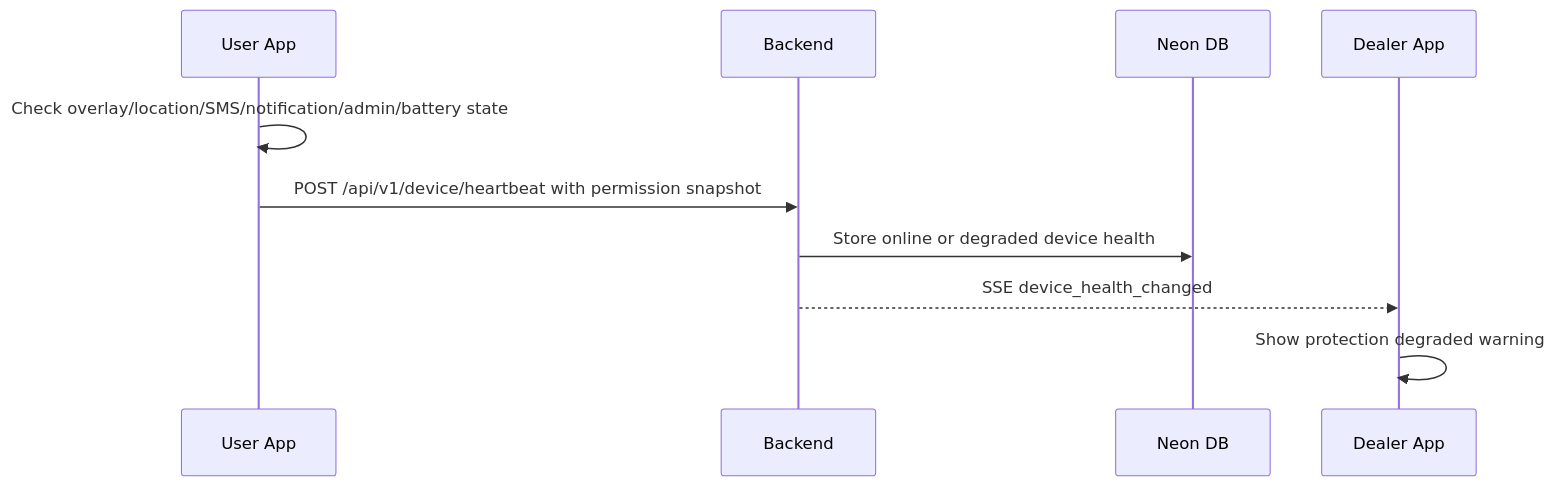
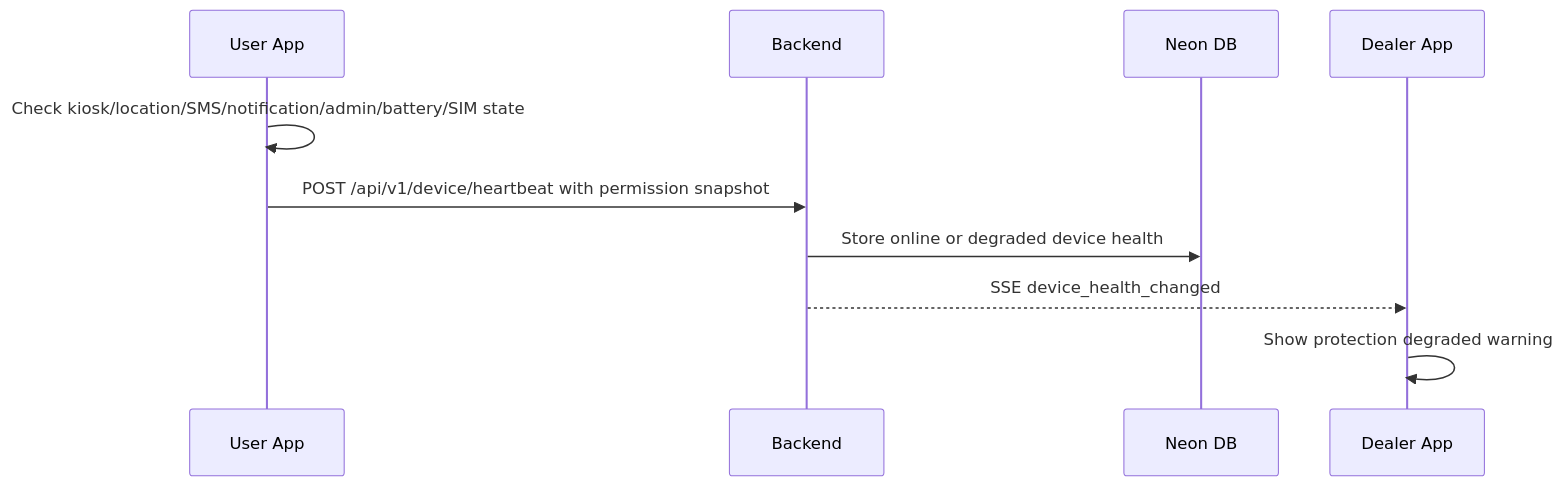
Before and after one commit to promiseelectronics12-svg/Emi-locker-: the sixth of 7 diagrams in docs/SYSTEM_MAP.md, drawn with Mermaid. The commit also changed other lines of this file and 23 other files, not shown here.

````diff
--- a/docs/SYSTEM_MAP.md
+++ b/docs/SYSTEM_MAP.md
@@ -148,13 +168,13 @@
 ```mermaid
 sequenceDiagram
   participant U as User App
   participant B as Backend
   participant DB as Neon DB
   participant D as Dealer App
 
-  U->>U: Check overlay/location/SMS/notification/admin/battery state
+  U->>U: Check kiosk/location/SMS/notification/admin/battery/SIM state
   U->>B: POST /api/v1/device/heartbeat with permission snapshot
   B->>DB: Store online or degraded device health
   B-->>D: SSE device_health_changed
   D->>D: Show protection degraded warning
 ```
````
